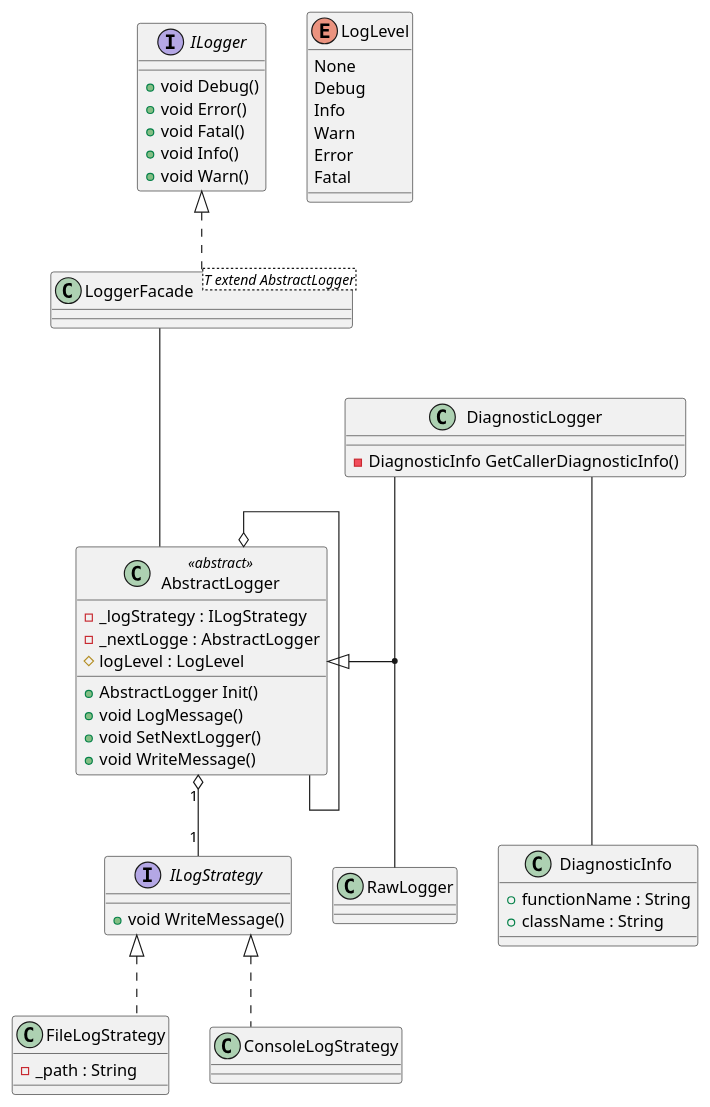
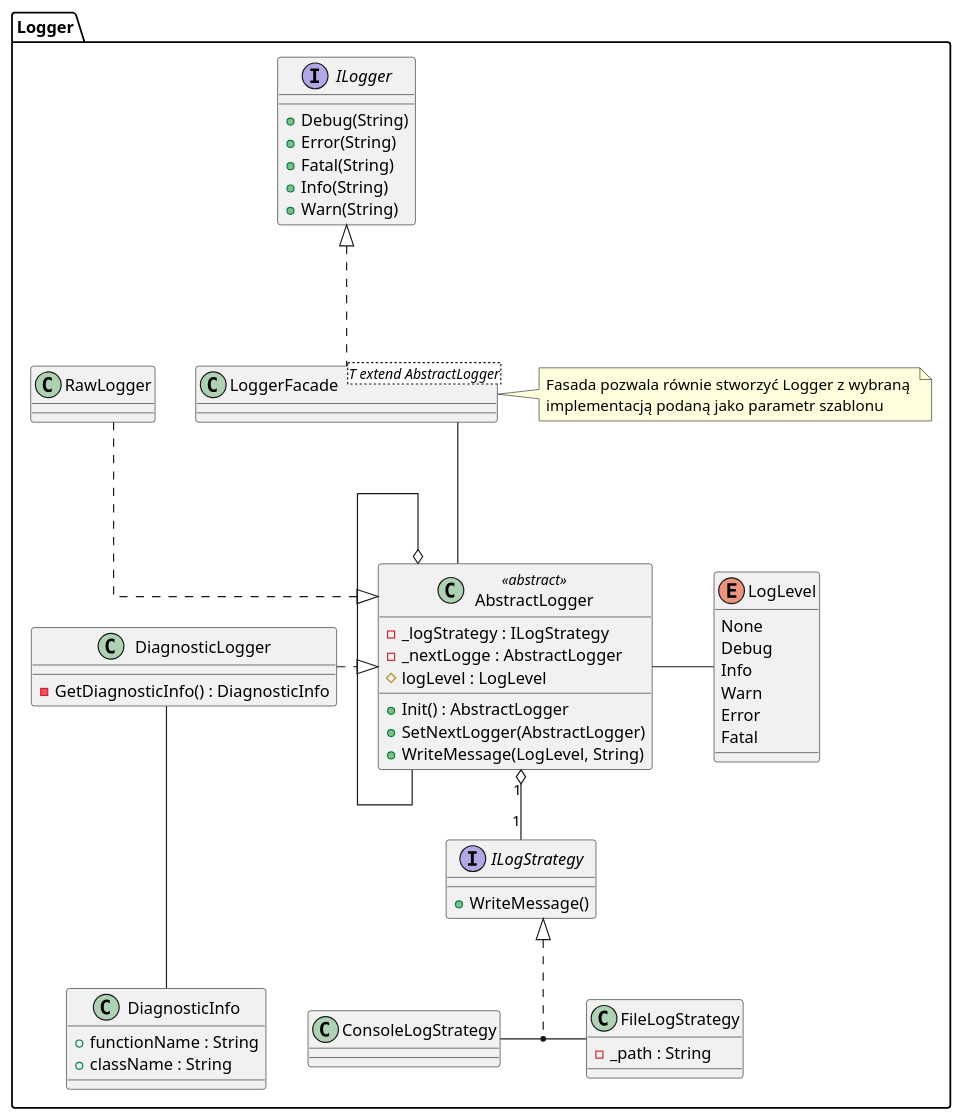
One commit to lukmccall/CookBook changed the diagram in diagrams/logger.wsd. Above: the diagram before and after it, drawn with PlantUML. The commit also changed 14 other files, not shown here.

Commit message:
Add class diagrams

```diff
--- a/diagrams/logger.wsd
+++ b/diagrams/logger.wsd
@@ -1,68 +1,77 @@
-@startuml
+@startuml Logger
 
 skinparam linetype ortho
+
+namespace Logger {
 
 enum LogLevel {
   None
   Debug
   Info
   Warn
   Error
   Fatal
 }
 
 class DiagnosticInfo {
   +functionName : String
   +className : String
 }
 
 class AbstractLogger <<abstract>> {
   -_logStrategy : ILogStrategy
   -_nextLogge : AbstractLogger
   #logLevel : LogLevel
-  +AbstractLogger Init()
-  +void LogMessage()
-  +void SetNextLogger()
-  +void WriteMessage()
+  +Init() : AbstractLogger
+  +SetNextLogger(AbstractLogger)
+  +WriteMessage(LogLevel, String)
 }
 
 class DiagnosticLogger {
-  -DiagnosticInfo GetCallerDiagnosticInfo()
+  -GetDiagnosticInfo() : DiagnosticInfo
 }
 
 interface ILogger {
-  +void Debug()
-  +void Error()
-  +void Fatal()
-  +void Info()
-  +void Warn()
+  +Debug(String)
+  +Error(String)
+  +Fatal(String)
+  +Info(String)
+  +Warn(String)
 }
 
 interface ILogStrategy {
-  +void WriteMessage()
+  +WriteMessage()
 }
 
 class FileLogStrategy {
   -_path : String
 } 
 
-class LoggerFacade<T extend AbstractLogger> {
+class ConsoleLogStrategy 
+
+class LoggerFacade<T extend AbstractLogger> {}
+note right of LoggerFacade 
+  Fasada pozwala równie stworzyć Logger z wybraną 
+  implementacją podaną jako parametr szablonu 
+endnote
+
+class RawLogger {}
+
+RawLogger -[hidden]-- DiagnosticLogger
+DiagnosticLogger --- DiagnosticInfo
+AbstractLogger <|.l.. RawLogger
+AbstractLogger <|.l.. DiagnosticLogger
+
+AbstractLogger o- AbstractLogger 
+
+AbstractLogger -r-- LogLevel 
+
+ConsoleLogStrategy -l- FileLogStrategy
+ILogStrategy <|.d.. (ConsoleLogStrategy, FileLogStrategy) 
+AbstractLogger "1" o-- "1" ILogStrategy
+
+ILogger <|... LoggerFacade
+LoggerFacade --- AbstractLogger
 
 }
-
-class RawLogger {
-
-}
-
-AbstractLogger <|- (DiagnosticLogger, RawLogger) 
-AbstractLogger o-down- AbstractLogger 
-DiagnosticLogger --- DiagnosticInfo
-
-ILogStrategy <|.. FileLogStrategy
-ILogStrategy <|.. ConsoleLogStrategy
-
-AbstractLogger "1" o-down- "1" ILogStrategy
-
-ILogger <|.. LoggerFacade
-LoggerFacade --- AbstractLogger
 @enduml
```
